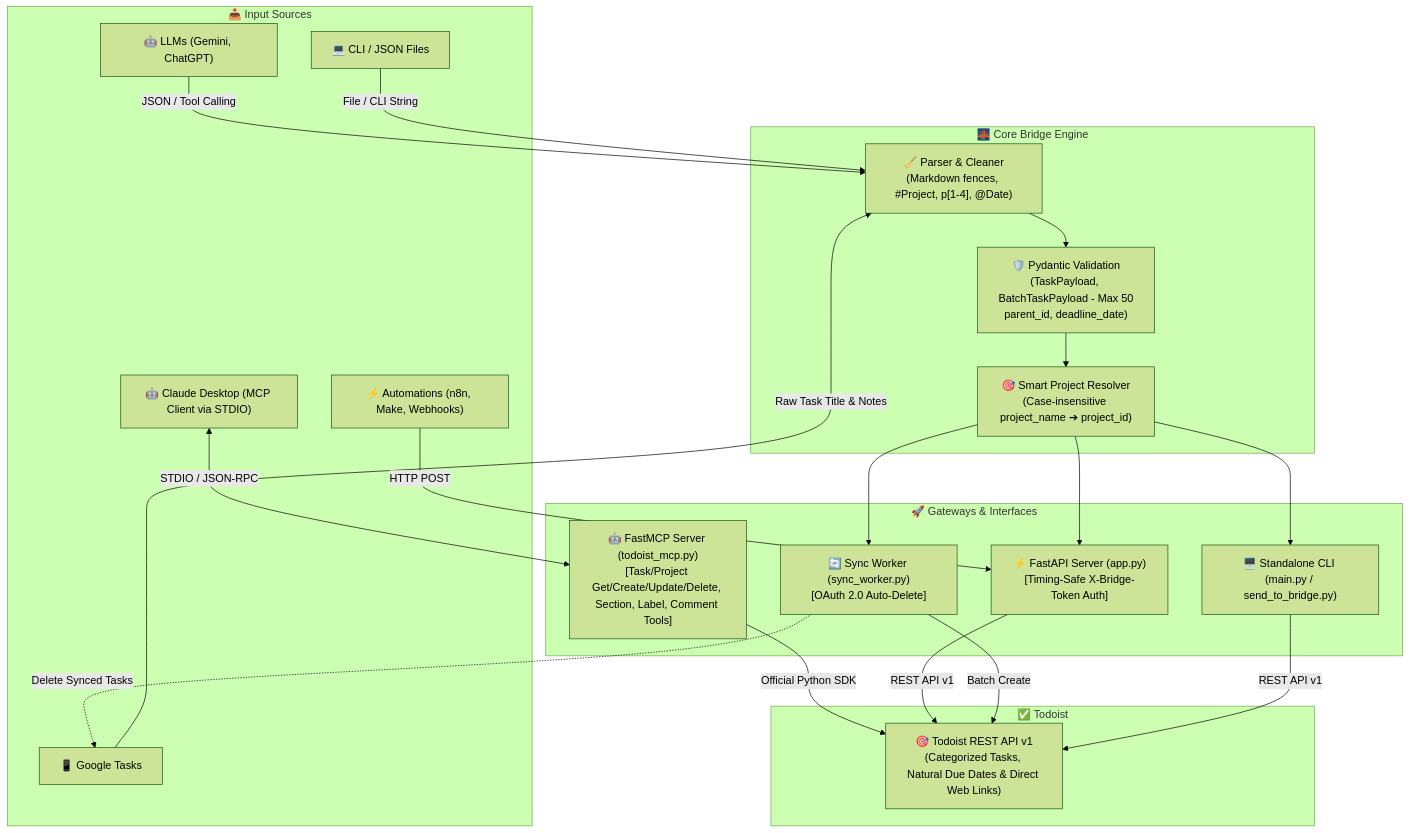
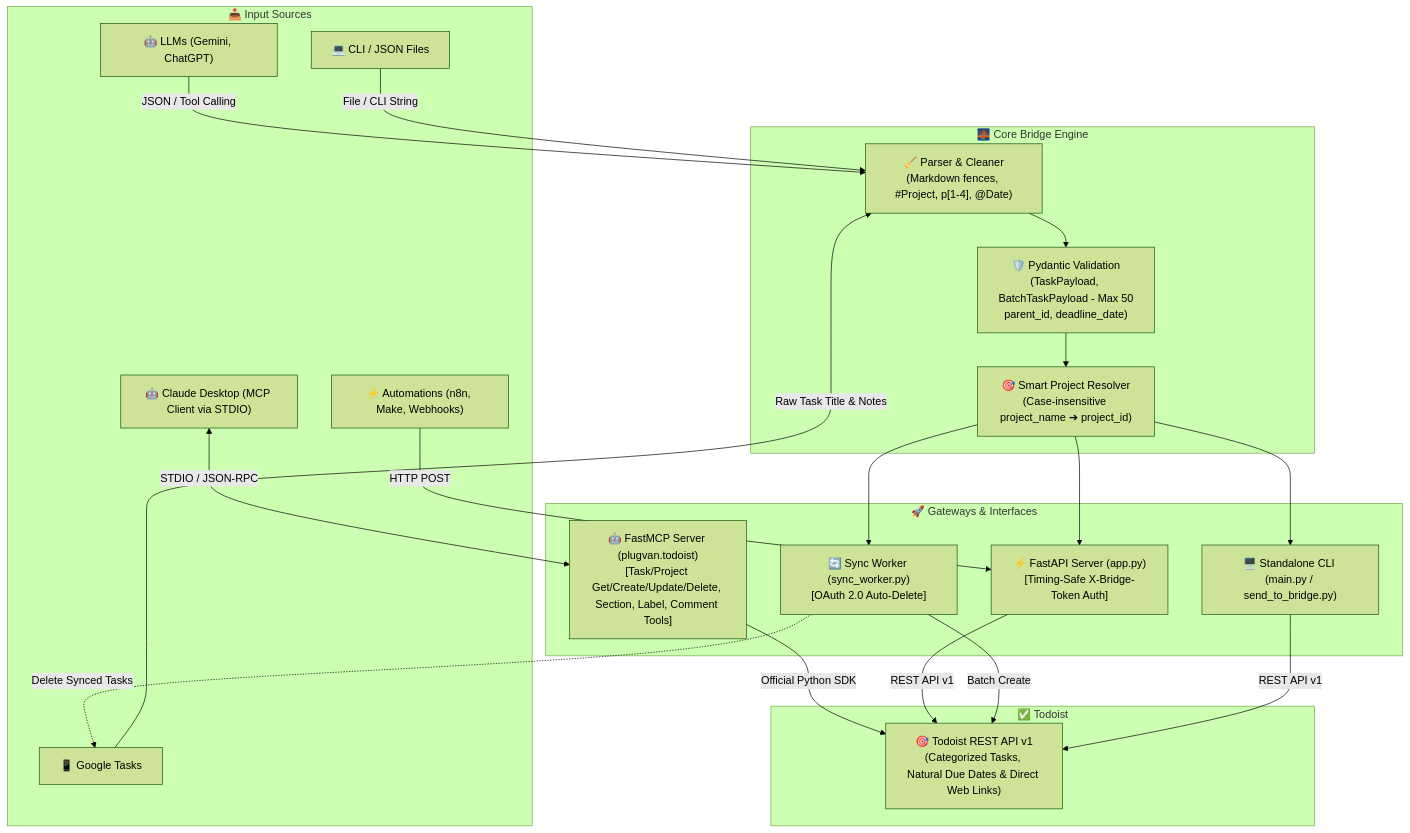
One commit to kagankurubas/Todoist-MCP-Bridge changed the diagram in README.md. Above: the diagram before and after it, drawn with Mermaid (forest theme). The commit also changed other lines of this file and 2 other files, not shown here.

First line of the commit message:
docs: document the plugvan.todoist package and new entry point

````diff
--- a/README.md
+++ b/README.md
@@ -30,45 +30,45 @@
 ```mermaid
 flowchart TD
     subgraph Sources["📥 Input Sources"]
         A1["🤖 Claude Desktop (MCP Client via STDIO)"]
         A2["🤖 LLMs (Gemini, ChatGPT)"]
         A3["📱 Google Tasks"]
         A4["⚡ Automations (n8n, Make, Webhooks)"]
         A5["💻 CLI / JSON Files"]
     end
 
     subgraph CoreBridge["🌉 Core Bridge Engine"]
         B1["🧹 Parser & Cleaner\n(Markdown fences, #Project, p[1-4], @Date)"]
         B2["🛡️ Pydantic Validation\n(TaskPayload, BatchTaskPayload - Max 50\nparent_id, deadline_date)"]
         B3["🎯 Smart Project Resolver\n(Case-insensitive project_name ➔ project_id)"]
     end
 
     subgraph Gateways["🚀 Gateways & Interfaces"]
-        C1["🤖 FastMCP Server (todoist_mcp.py)\n[Task/Project Get/Create/Update/Delete, Section, Label, Comment Tools]"]
+        C1["🤖 FastMCP Server (plugvan.todoist)\n[Task/Project Get/Create/Update/Delete, Section, Label, Comment Tools]"]
         C2["⚡ FastAPI Server (app.py)\n[Timing-Safe X-Bridge-Token Auth]"]
         C3["🔄 Sync Worker (sync_worker.py)\n[OAuth 2.0 Auto-Delete]"]
         C4["🖥️ Standalone CLI (main.py / send_to_bridge.py)"]
     end
 
     subgraph Todoist["✅ Todoist"]
         D["🎯 Todoist REST API v1\n(Categorized Tasks, Natural Due Dates & Direct Web Links)"]
     end
 
     A1 <-->|STDIO / JSON-RPC| C1
     A2 -->|JSON / Tool Calling| B1
     A3 -->|Raw Task Title & Notes| B1
     A4 -->|HTTP POST| C2
     A5 -->|File / CLI String| B1
 
     B1 --> B2
     B2 --> B3
     B3 --> C2
     B3 --> C3
     B3 --> C4
 
     C1 -->|Official Python SDK| D
     C2 -->|REST API v1| D
     C3 -->|Batch Create| D
     C3 -.->|Delete Synced Tasks| A3
     C4 -->|REST API v1| D
 ```
````
